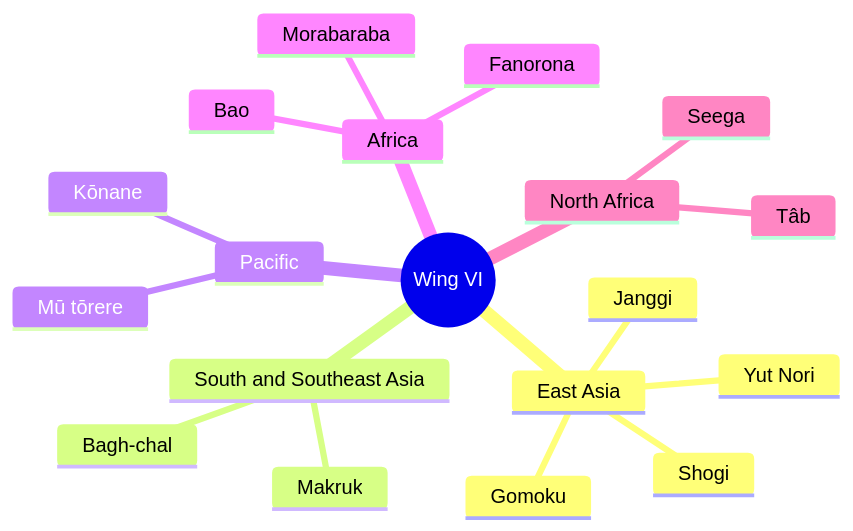
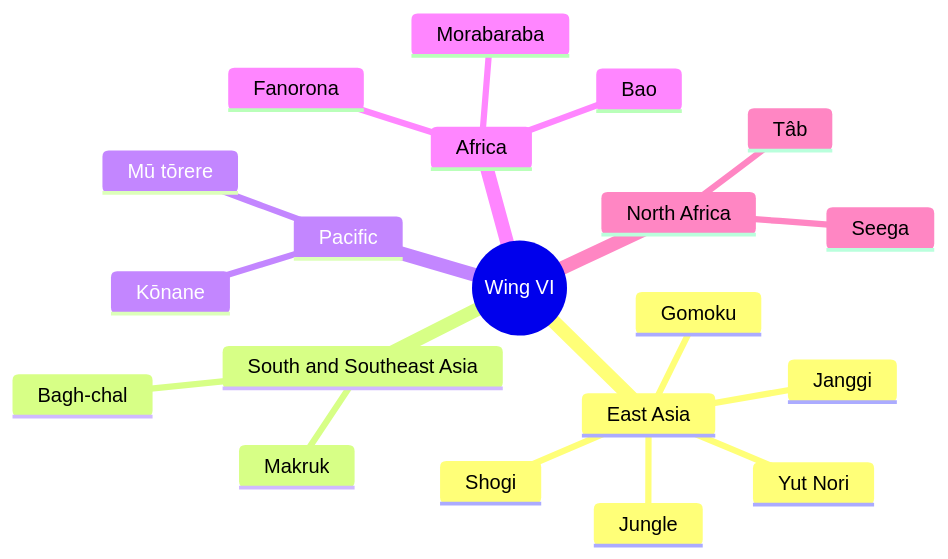
The eighth of 8 diagrams in docs/exhibits.md (CptNope/Librarium-Archives), drawn with Mermaid before and after one commit. The commit also changed other lines of this file and 14 other files, not shown here.

````diff
--- a/docs/exhibits.md
+++ b/docs/exhibits.md
@@ -217,22 +223,23 @@
 ```mermaid
 mindmap
   root((Wing VI))
     East Asia
       Shogi
       Gomoku
+      Jungle
       Yut Nori
       Janggi
     South and Southeast Asia
       Makruk
       Bagh-chal
     Pacific
       Mū tōrere
       Kōnane
     Africa
       Fanorona
       Bao
       Morabaraba
     North Africa
       Seega
       Tâb
 ```
````
